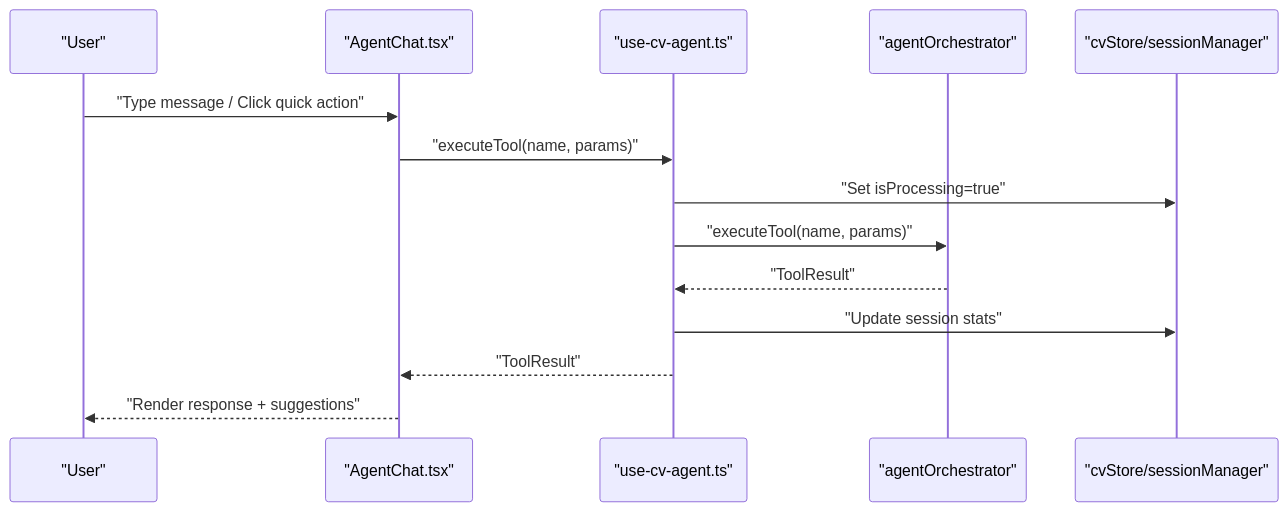
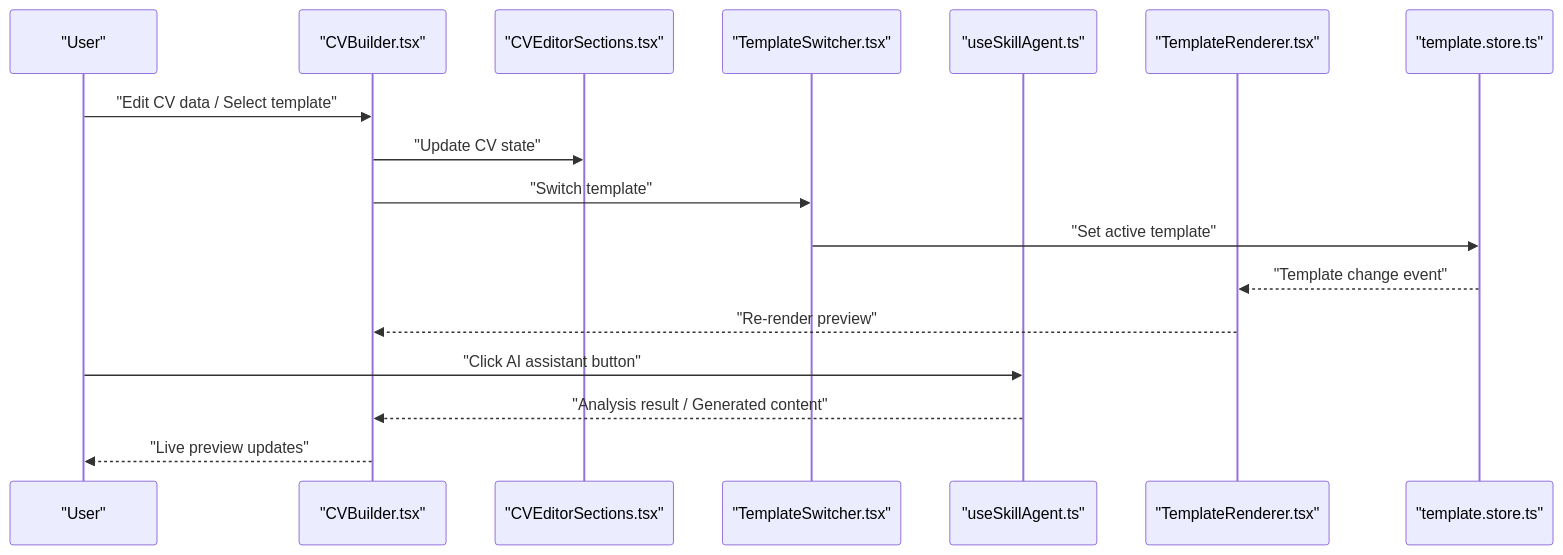
One commit to DoVuDung/cv-portfolio-builder changed the second of 8 diagrams in .qoder/repowiki/en/content/User Interface Components/User Interface Components.md. Above: the diagram before and after it, drawn with Mermaid. The commit also changed other lines of this file and 26 other files, not shown here.

First line of the commit message:
docs(agent): update AI Agent System with MCP tool architecture and CV Builder integration

````diff
--- a/.qoder/repowiki/en/content/User Interface Components/User Interface Components.md
+++ b/.qoder/repowiki/en/content/User Interface Components/User Interface Components.md
@@ -184,16 +213,19 @@
 ```mermaid
 sequenceDiagram
 participant User as "User"
-participant Chat as "AgentChat.tsx"
-participant Hook as "use-cv-agent.ts"
-participant Orchestrator as "agentOrchestrator"
-participant Store as "cvStore/sessionManager"
-User->>Chat : "Type message / Click quick action"
-Chat->>Hook : "executeTool(name, params)"
-Hook->>Store : "Set isProcessing=true"
-Hook->>Orchestrator : "executeTool(name, params)"
-Orchestrator-->>Hook : "ToolResult"
-Hook->>Store : "Update session stats"
-Hook-->>Chat : "ToolResult"
-Chat-->>User : "Render response + suggestions"
+participant Builder as "CVBuilder.tsx"
+participant Editor as "CVEditorSections.tsx"
+participant Template as "TemplateSwitcher.tsx"
+participant Agent as "useSkillAgent.ts"
+participant Renderer as "TemplateRenderer.tsx"
+participant Store as "template.store.ts"
+User->>Builder : "Edit CV data / Select template"
+Builder->>Editor : "Update CV state"
+Builder->>Template : "Switch template"
+Template->>Store : "Set active template"
+Store-->>Renderer : "Template change event"
+Renderer-->>Builder : "Re-render preview"
+User->>Agent : "Click AI assistant button"
+Agent-->>Builder : "Analysis result / Generated content"
+Builder-->>User : "Live preview updates"
 ```
````
